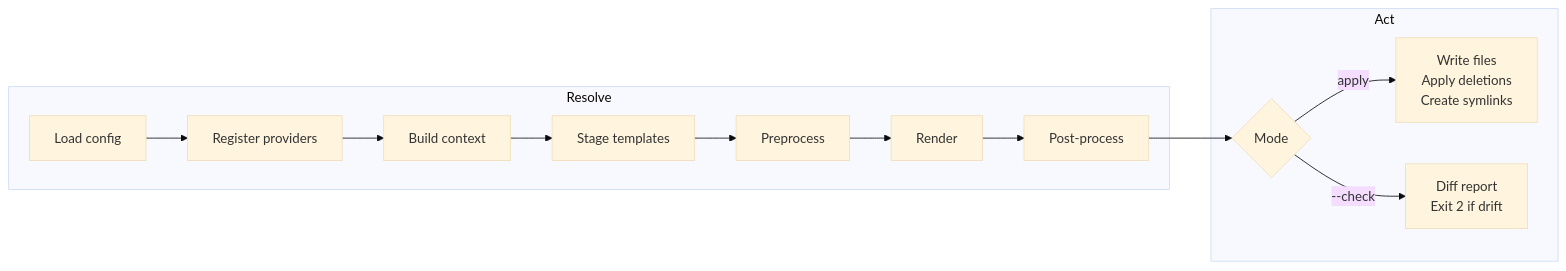
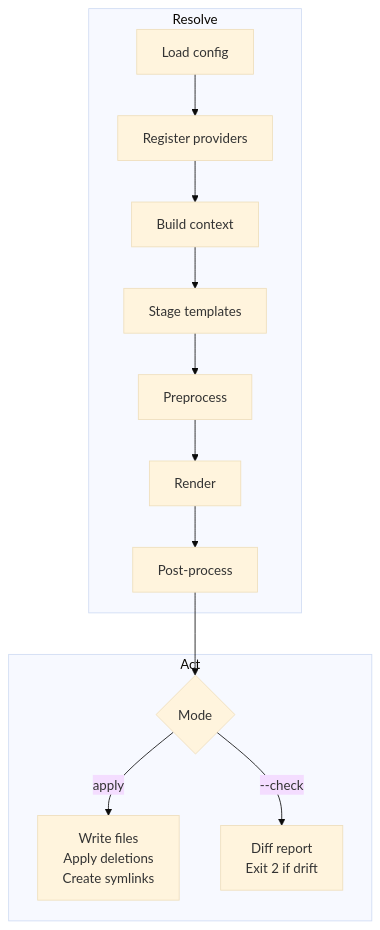
The diagram in docs/how-it-works/overview.md (hotdog-werx/repolish), drawn with Mermaid (base theme) before and after one commit. The commit also changed 5 other files, not shown here.

````diff
--- a/docs/how-it-works/overview.md
+++ b/docs/how-it-works/overview.md
@@ -11,16 +11,16 @@
 ```mermaid
-flowchart LR
+flowchart
     subgraph Resolve
         A[Load config] --> B[Register providers]
         B --> C[Build context]
         C --> D[Stage templates]
         D --> E[Preprocess]
         E --> F[Render]
         F --> G[Post-process]
     end
     subgraph Act
         G --> H{Mode}
         H -->|apply| I[Write files\nApply deletions\nCreate symlinks]
         H -->|--check| J[Diff report\nExit 2 if drift]
     end
 ```
````
